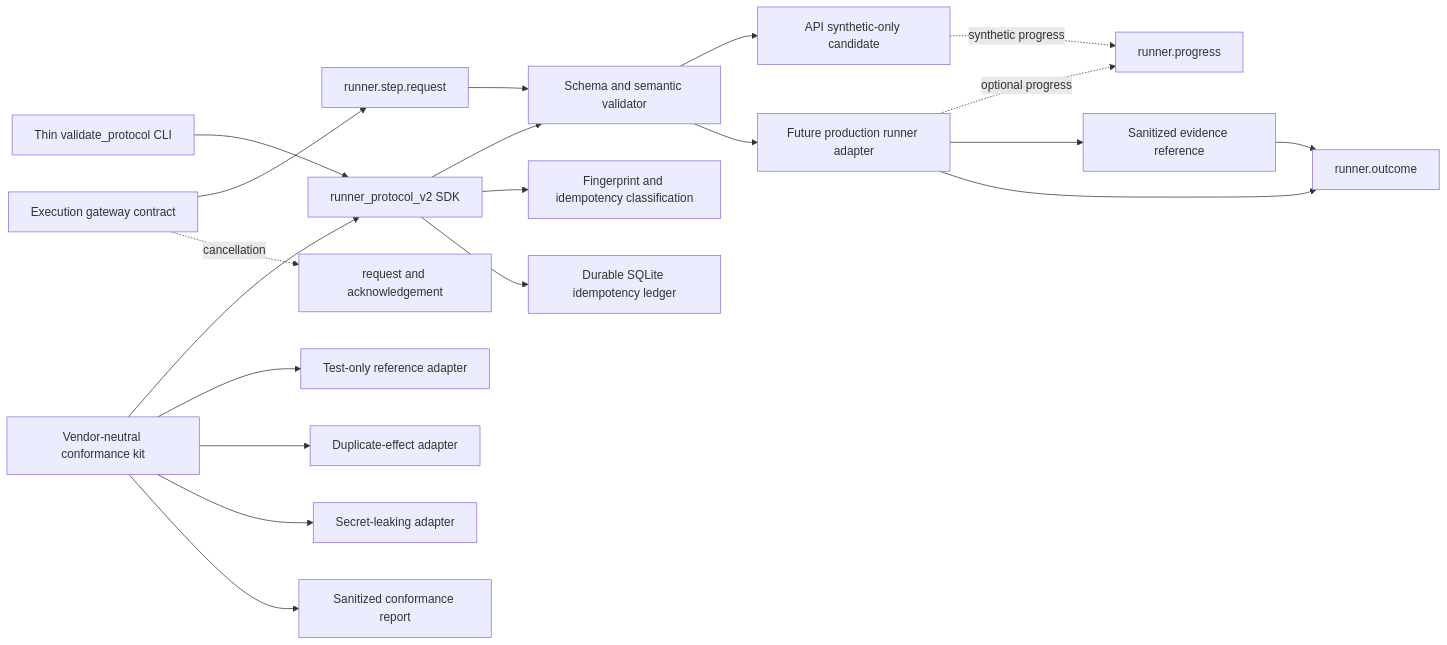
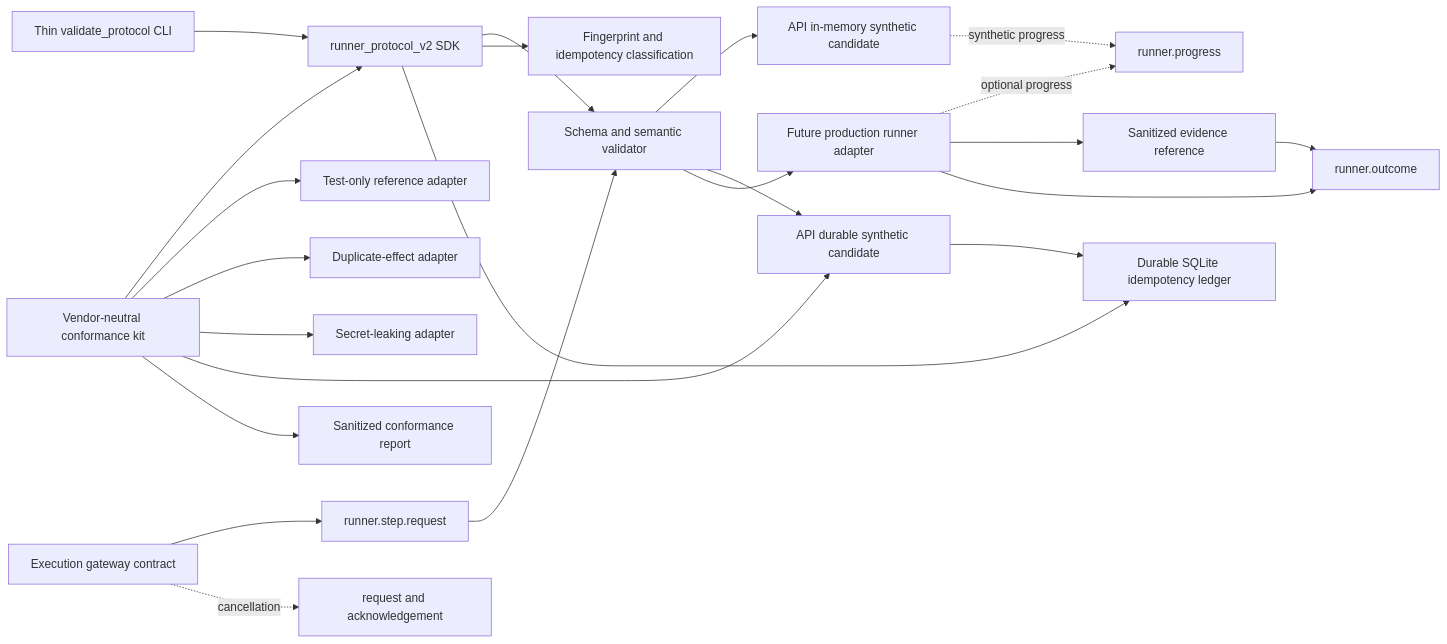
The second of 2 diagrams in docs/roadmap/epics/EPIC-05-runner-protocol-v2.md (pestoura/hermes-security-labs), drawn with Mermaid before and after one commit. The commit also changed other lines of this file and 5 other files, not shown here.

Commit message:
docs(epic-05): record API durable integration as-built

````diff
--- a/docs/roadmap/epics/EPIC-05-runner-protocol-v2.md
+++ b/docs/roadmap/epics/EPIC-05-runner-protocol-v2.md
@@ -362,22 +368,25 @@
 ```mermaid
 flowchart LR
   SDK[runner_protocol_v2 SDK] --> VAL[Schema and semantic validator]
   SDK --> IDEM[Fingerprint and idempotency classification]
   SDK --> LEDGER[Durable SQLite idempotency ledger]
   CLI[Thin validate_protocol CLI] --> SDK
   KIT[Vendor-neutral conformance kit] --> SDK
   GW[Execution gateway contract] --> REQ[runner.step.request]
   REQ --> VAL
-  VAL --> API[API synthetic-only candidate]
+  VAL --> API[API in-memory synthetic candidate]
+  VAL --> DAPI[API durable synthetic candidate]
+  DAPI --> LEDGER
   VAL --> RUN[Future production runner adapter]
   API -. synthetic progress .-> PROG[runner.progress]
   RUN -. optional progress .-> PROG
   GW -. cancellation .-> CANCEL[request and acknowledgement]
   RUN --> EV[Sanitized evidence reference]
   RUN --> OUT[runner.outcome]
   EV --> OUT
   KIT --> REF[Test-only reference adapter]
   KIT --> BAD1[Duplicate-effect adapter]
   KIT --> BAD2[Secret-leaking adapter]
+  KIT --> DAPI
   KIT --> REPORT[Sanitized conformance report]
 ```
````
